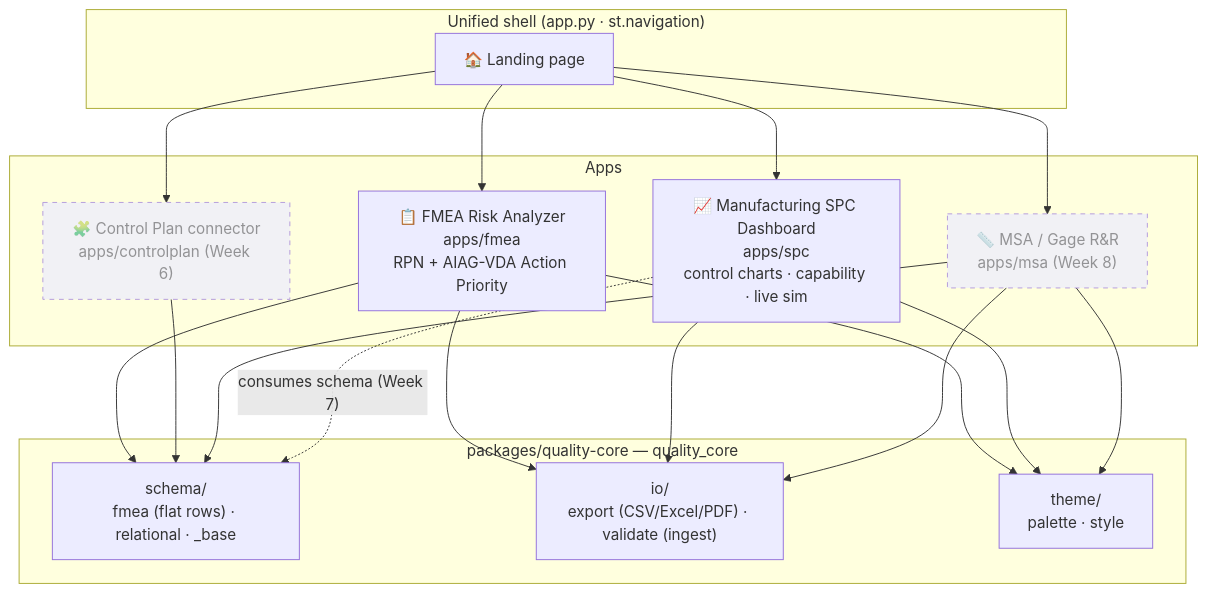
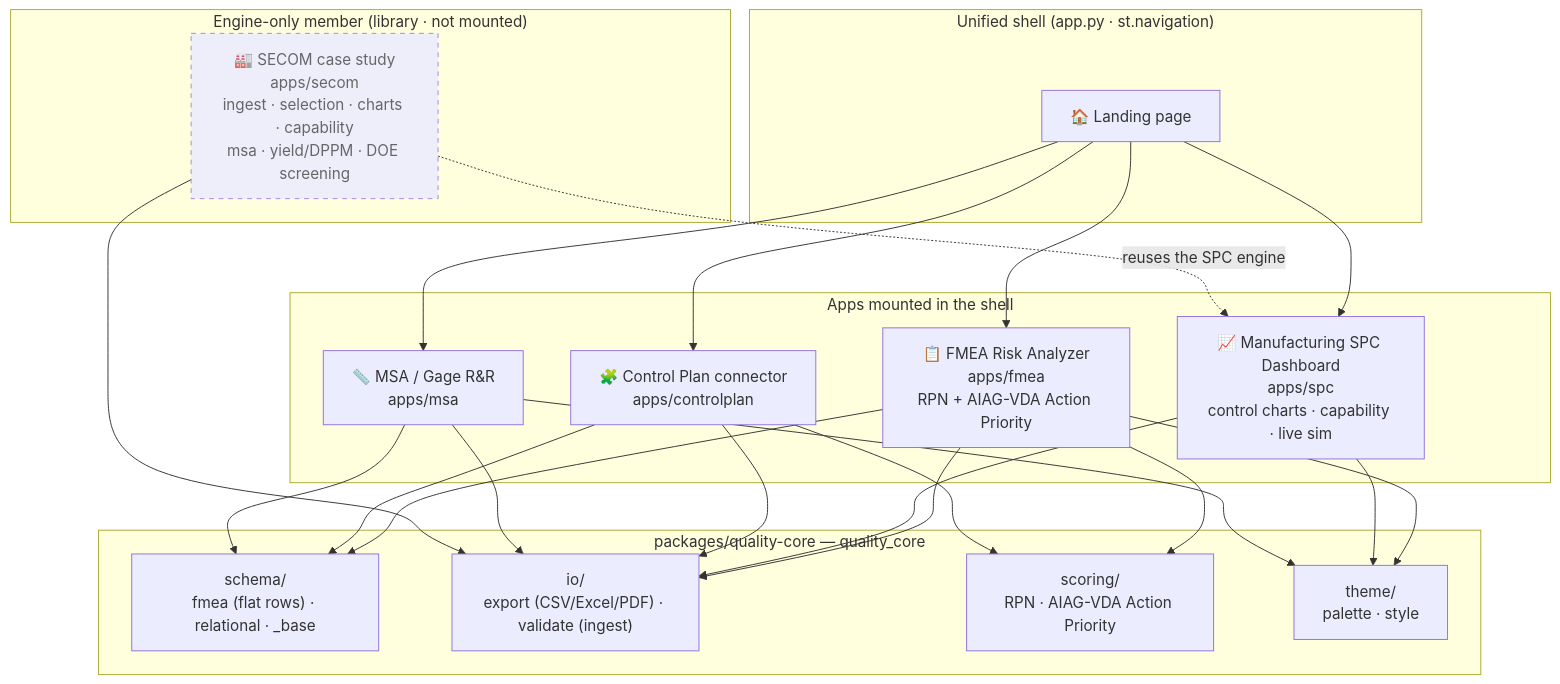
Before and after one commit to Siddardth7/quality-platform: the first of 3 diagrams in ROADMAP.md, drawn with Mermaid. The commit also changed other lines of this file and 2 other files, not shown here.

First line of the commit message:
docs(readme,roadmap): reconcile with the actual tree (#208)

````diff
--- a/ROADMAP.md
+++ b/ROADMAP.md
@@ -84,28 +89,34 @@
 ```mermaid
 flowchart TB
     subgraph Shell["Unified shell (app.py · st.navigation)"]
         Home["🏠 Landing page"]
     end
 
-    subgraph Apps["Apps"]
+    subgraph Apps["Apps mounted in the shell"]
         FMEA["📋 FMEA Risk Analyzer<br/>apps/fmea<br/>RPN + AIAG-VDA Action Priority"]
         SPC["📈 Manufacturing SPC Dashboard<br/>apps/spc<br/>control charts · capability · live sim"]
-        CP["🧩 Control Plan connector<br/>apps/controlplan (Week 6)"]:::planned
-        MSA["📏 MSA / Gage R&R<br/>apps/msa (Week 8)"]:::planned
+        CP["🧩 Control Plan connector<br/>apps/controlplan"]
+        MSA["📏 MSA / Gage R&R<br/>apps/msa"]
+    end
+
+    subgraph EngineOnly["Engine-only member (library · not mounted)"]
+        SECOM["🏭 SECOM case study<br/>apps/secom<br/>ingest · selection · charts · capability<br/>msa · yield/DPPM · DOE screening"]:::engine
     end
 
     subgraph Core["packages/quality-core — quality_core"]
         Schema["schema/<br/>fmea (flat rows) · relational · _base"]
         IO["io/<br/>export (CSV/Excel/PDF) · validate (ingest)"]
+        Scoring["scoring/<br/>RPN · AIAG-VDA Action Priority"]
         Theme["theme/<br/>palette · style"]
     end
 
     Home --> FMEA & SPC & CP & MSA
-    FMEA --> Schema & IO & Theme
-    SPC  --> IO & Theme
-    CP   --> Schema
-    MSA  --> Schema & IO & Theme
-    SPC  -.consumes schema (Week 7).-> Schema
+    FMEA  --> Schema & IO & Scoring & Theme
+    SPC   --> IO & Theme
+    CP    --> Schema & IO & Scoring
+    MSA   --> Schema & IO & Theme
+    SECOM --> IO
+    SECOM -.reuses the SPC engine.-> SPC
 
-    classDef planned stroke-dasharray: 5 5,opacity:0.7;
+    classDef engine stroke-dasharray: 5 5,opacity:0.85;
 ```
````
